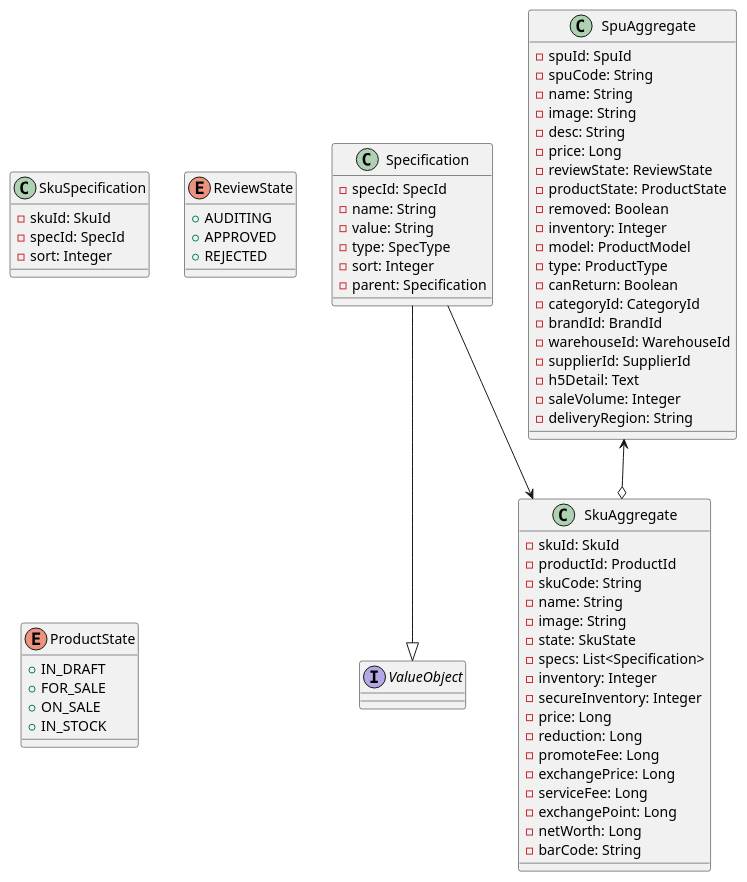
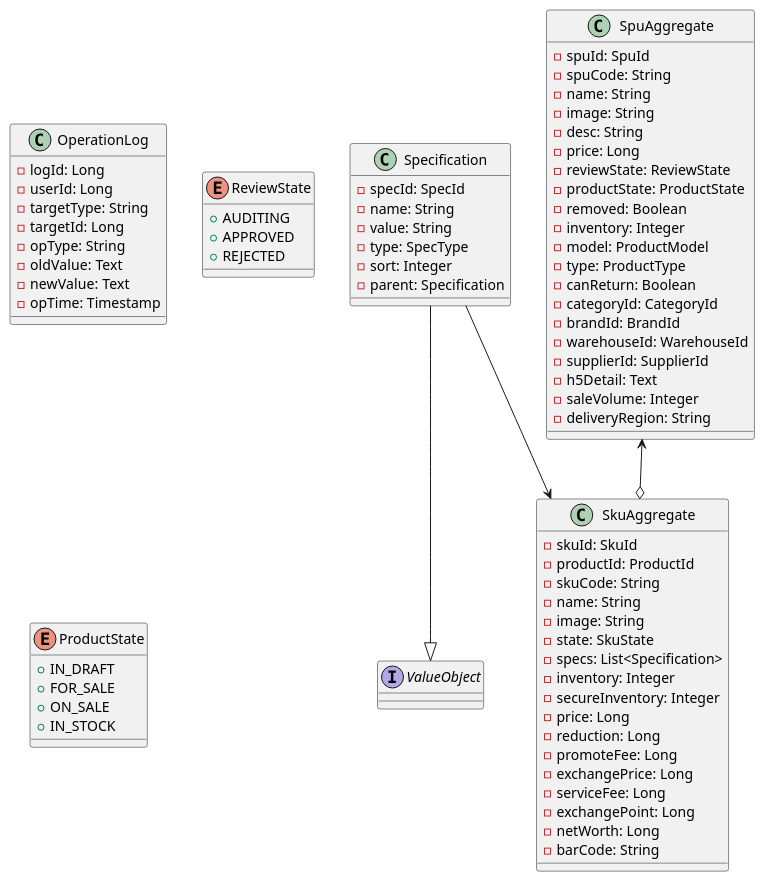
The diagram in documents/dm-product/product_cls_core.puml (xgyb12458/dm-platform), drawn with PlantUML before and after one commit. The commit also changed 28 other files, not shown here.

```diff
--- a/documents/dm-product/product_cls_core.puml
+++ b/documents/dm-product/product_cls_core.puml
@@ -1,82 +1,85 @@
 @startuml
 
 interface ValueObject {
 }
 class SpuAggregate {
     - spuId: SpuId
     - spuCode: String
     - name: String
     - image: String
     - desc: String
     - price: Long
     - reviewState: ReviewState
     - productState: ProductState
     - removed: Boolean
     - inventory: Integer
     - model: ProductModel
     - type: ProductType
     - canReturn: Boolean
     - categoryId: CategoryId
     - brandId: BrandId
     - warehouseId: WarehouseId
     - supplierId: SupplierId
     - h5Detail: Text
     - saleVolume: Integer
     - deliveryRegion: String
 '    - length: Long
 '    - width: Long
 '    - height: Long
 '    - weight: Long
 '    - boxNum: Integer
 }
 class SkuAggregate {
     - skuId: SkuId
     - productId: ProductId
     - skuCode: String
     - name: String
     - image: String
     - state: SkuState
     - specs: List<Specification>
     - inventory: Integer
     - secureInventory: Integer
     - price: Long
     - reduction: Long
     - promoteFee: Long
     - exchangePrice: Long
     - serviceFee: Long
     - exchangePoint: Long
     - netWorth: Long
     - barCode: String
 }
 class Specification {
     - specId: SpecId
     - name: String
     - value: String
     - type: SpecType
     - sort: Integer
     - parent: Specification
 }
-
-' TABLE
-class SkuSpecification {
-    - skuId: SkuId
-    - specId: SpecId
-    - sort: Integer
+' 谁在什么时间对什么进行了什么操作，结果是什么
+class OperationLog {
+    - logId: Long
+    - userId: Long
+    - targetType: String
+    - targetId: Long
+    - opType: String
+    - oldValue: Text
+    - newValue: Text
+    - opTime: Timestamp
 }
-
 enum ReviewState {
     + AUDITING
     + APPROVED
     + REJECTED
 }
 enum ProductState {
     + IN_DRAFT
     + FOR_SALE
     + ON_SALE
     + IN_STOCK
 }
 SpuAggregate <--o SkuAggregate
 Specification --> SkuAggregate
 Specification --|> ValueObject
 
 @enduml
```
